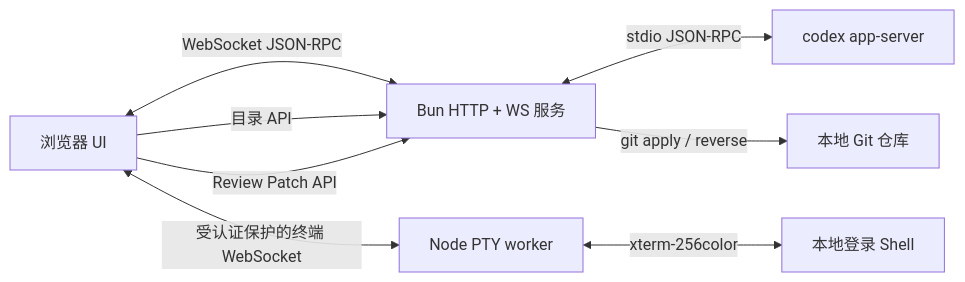
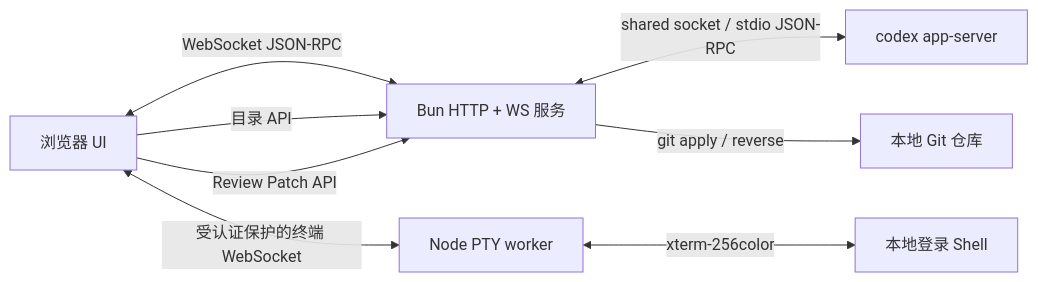
One commit to trah01/codex-cli-webui changed the diagram in README-zh.md. Above: the diagram before and after it, drawn with Mermaid. The commit also changed other lines of this file and 17 other files, not shown here.

````diff
--- a/README-zh.md
+++ b/README-zh.md
@@ -171,10 +177,10 @@
 ```mermaid
 flowchart LR
     Browser[浏览器 UI] <-->|WebSocket JSON-RPC| Server[Bun HTTP + WS 服务]
-    Server <-->|stdio JSON-RPC| Codex[codex app-server]
+    Server <-->|shared socket / stdio JSON-RPC| Codex[codex app-server]
     Browser <-->|受认证保护的终端 WebSocket| PTY[Node PTY worker]
     PTY <-->|xterm-256color| Shell[本地登录 Shell]
     Browser -->|目录 API| Server
     Browser -->|Review Patch API| Server
     Server -->|git apply / reverse| Repo[本地 Git 仓库]
 ```
````
